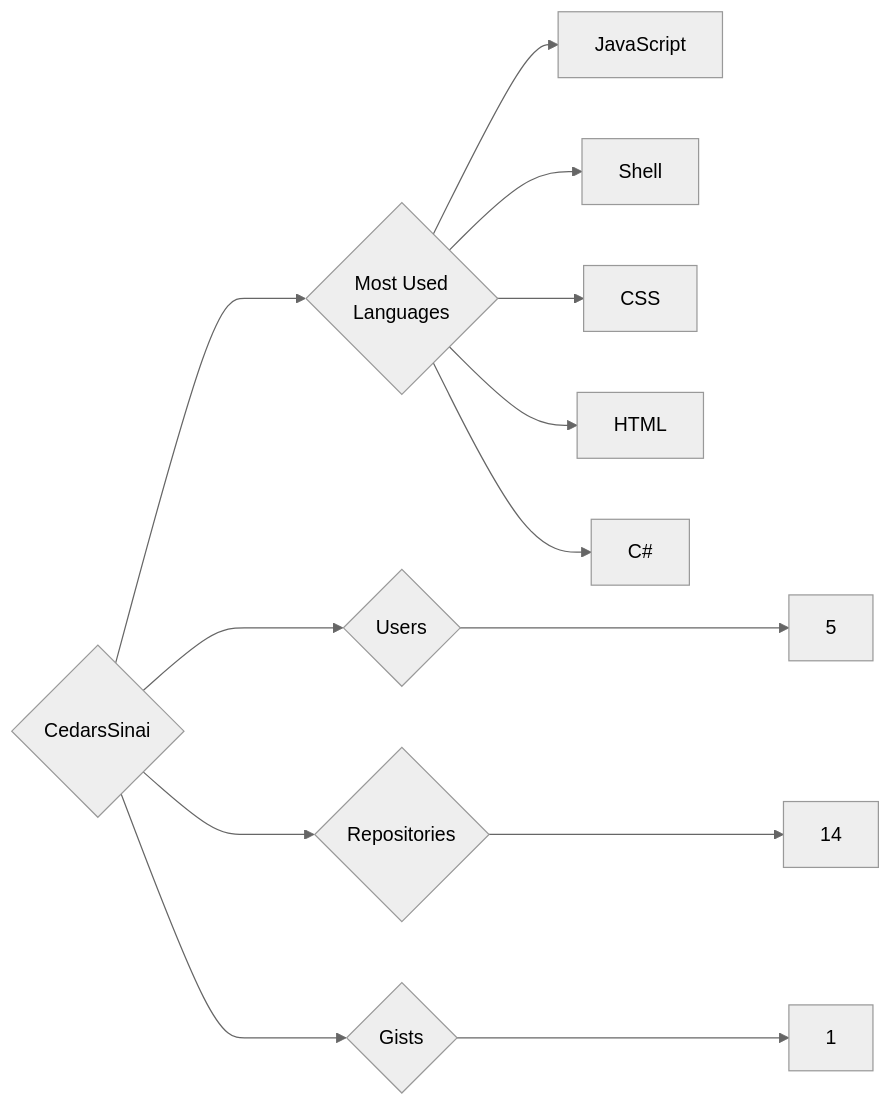
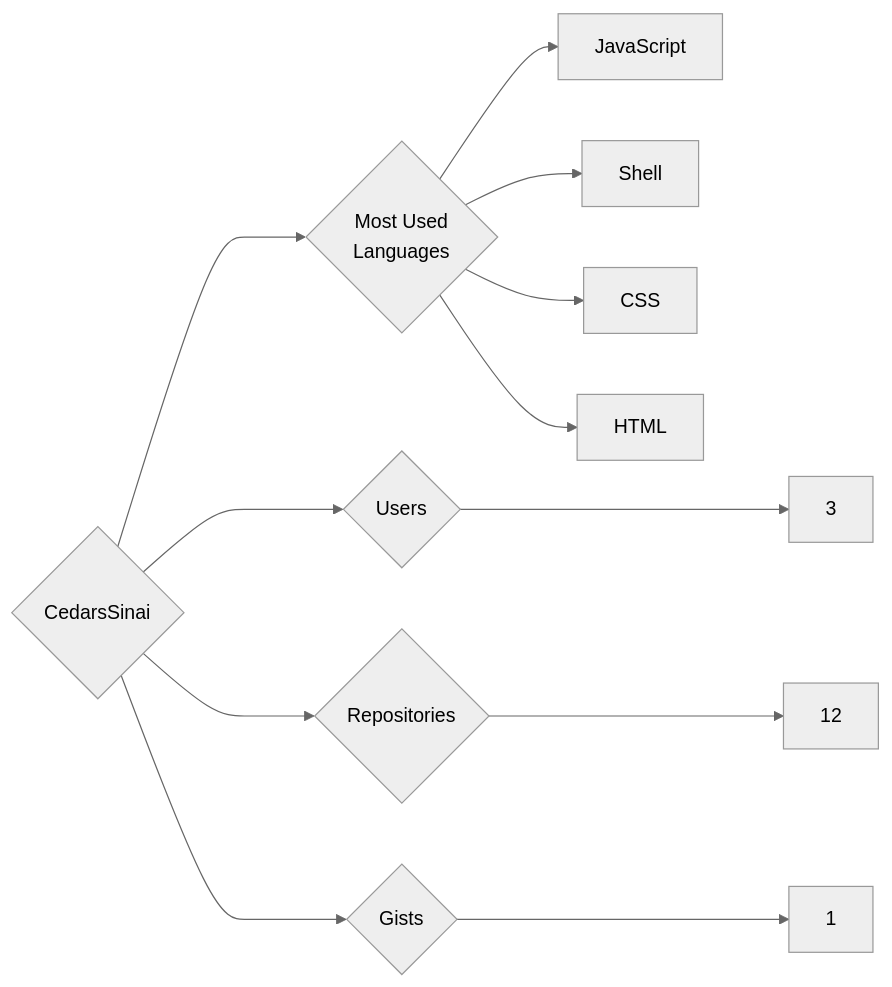
One commit to trickest/insiders changed the diagram in targets/CedarsSinai/README.md. Above: the diagram before and after it, drawn with Mermaid (neutral theme). The commit also changed 865 other files, not shown here.

````diff
--- a/targets/CedarsSinai/README.md
+++ b/targets/CedarsSinai/README.md
@@ -3,13 +3,12 @@
 ```mermaid
 graph LR
 COMPANY_NAME{CedarsSinai}
-COMPANY_NAME ---> U{Users} ---> UN[5]
-COMPANY_NAME ---> R{Repositories} ---> RN[14]
+COMPANY_NAME ---> U{Users} ---> UN[3]
+COMPANY_NAME ---> R{Repositories} ---> RN[12]
 COMPANY_NAME ---> G{Gists} ---> GN[1]
 COMPANY_NAME ---> ML{Most Used<br>Languages}
 ML --> JavaScript[JavaScript]
 ML --> Shell[Shell]
 ML --> CSS[CSS]
 ML --> HTML[HTML]
-ML --> C#[C#]
 ```
````
